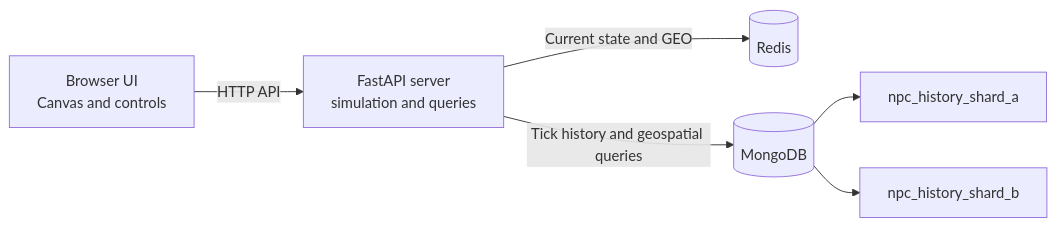
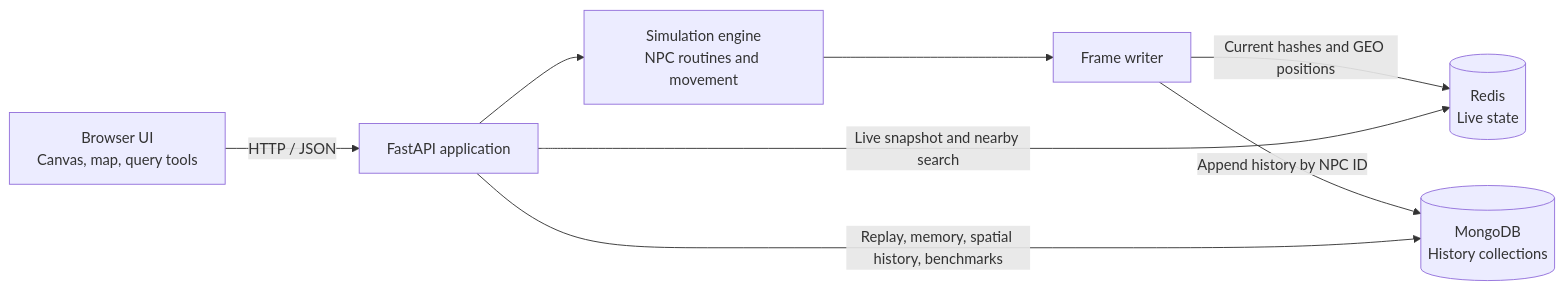
Before and after one commit to Arbaz-Parkar/EchoWorld: the diagram in README.md, drawn with Mermaid. The commit also changed other lines of this file, not shown here.

````diff
--- a/README.md
+++ b/README.md
@@ -26,8 +46,10 @@
 ```mermaid
 flowchart LR
-    UI[Browser UI<br/>Canvas and controls] -->|HTTP API| API[FastAPI server<br/>simulation and queries]
-    API -->|Current state and GEO| Redis[(Redis)]
-    API -->|Tick history and geospatial queries| Mongo[(MongoDB)]
-    Mongo --> A[npc_history_shard_a]
-    Mongo --> B[npc_history_shard_b]
+    Browser[Browser UI<br/>Canvas, map, query tools] -->|HTTP / JSON| API[FastAPI application]
+    API --> Engine[Simulation engine<br/>NPC routines and movement]
+    Engine --> Writer[Frame writer]
+    Writer -->|Current hashes and GEO positions| Redis[(Redis<br/>Live state)]
+    Writer -->|Append history by NPC ID| Mongo[(MongoDB<br/>History collections)]
+    API -->|Live snapshot and nearby search| Redis
+    API -->|Replay, memory, spatial history, benchmarks| Mongo
 ```
````
